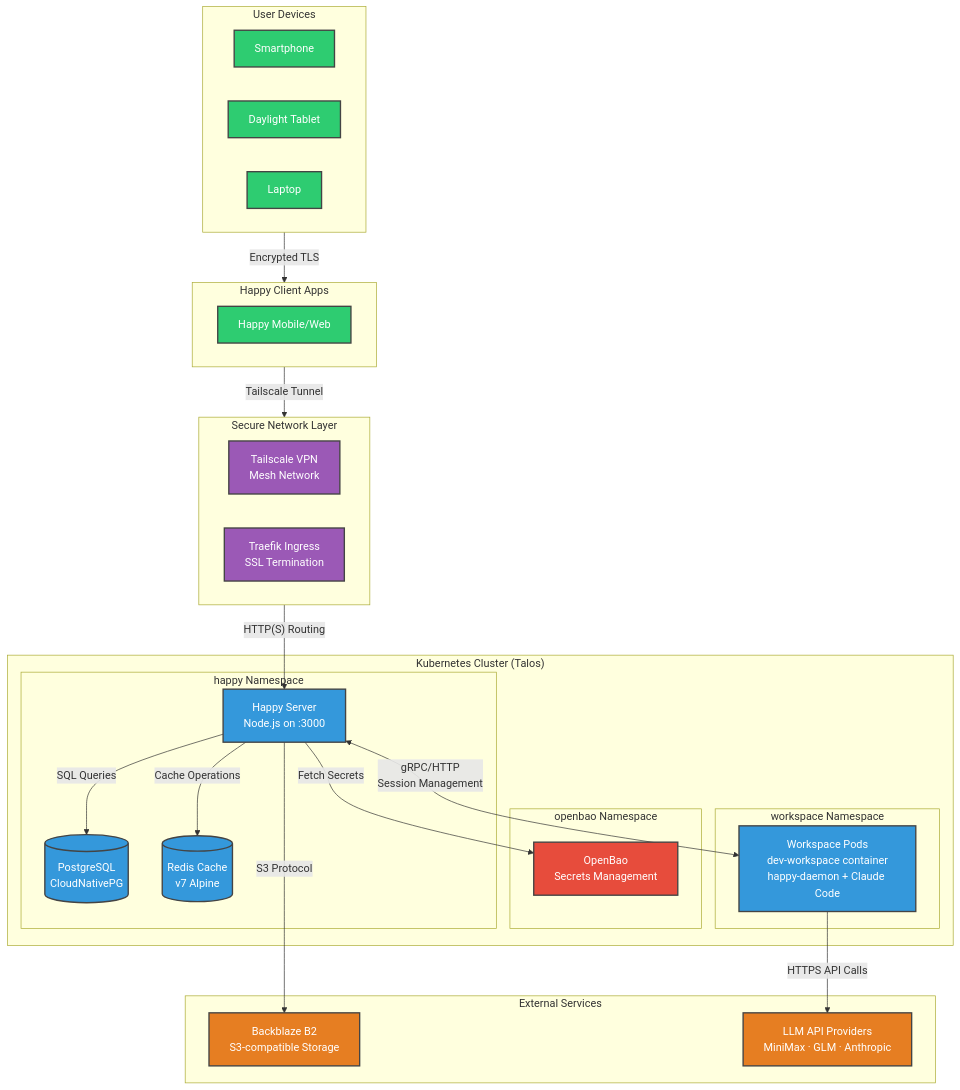
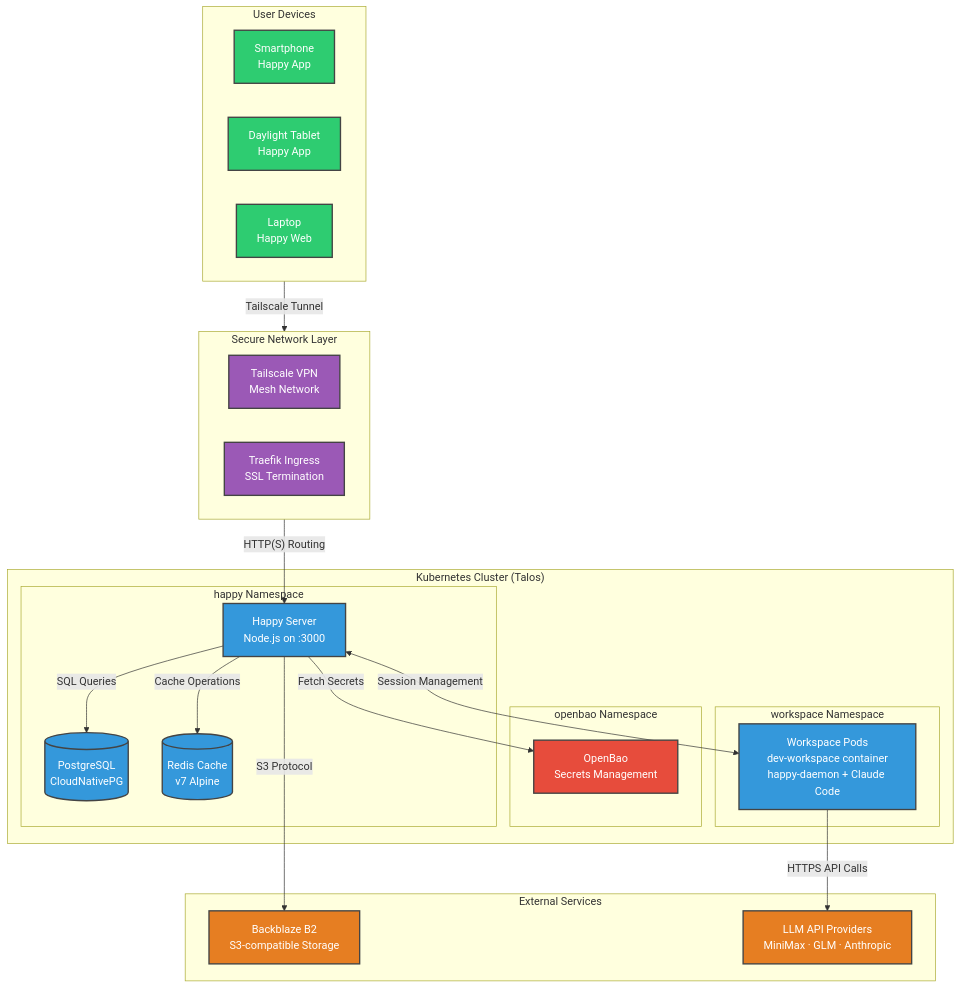
Before and after one commit to denysvitali/denvit-blog: the diagram in content/posts/im-happy-engineer-now.md, drawn with Mermaid. The commit also changed other lines of this file, not shown here.

First line of the commit message:
docs: improve Happy architecture diagram and session management description

````diff
--- a/content/posts/im-happy-engineer-now.md
+++ b/content/posts/im-happy-engineer-now.md
@@ -144,58 +144,53 @@
 ```mermaid
 graph TB
     subgraph Devices["User Devices"]
-        D1[Smartphone]
-        D2[Daylight Tablet]
-        D3[Laptop]
-    end
-
-    subgraph HappyClient["Happy Client Apps"]
-        HA[Happy Mobile/Web]
+        D1[Smartphone<br/>Happy App]
+        D2[Daylight Tablet<br/>Happy App]
+        D3[Laptop<br/>Happy Web]
     end
 
     subgraph Network["Secure Network Layer"]
         TS[Tailscale VPN<br/>Mesh Network]
         TR[Traefik Ingress<br/>SSL Termination]
     end
 
     subgraph K8s["Kubernetes Cluster (Talos)"]
         subgraph HappyNamespace["happy Namespace"]
             S[Happy Server<br/>Node.js on :3000]
             DB[(PostgreSQL<br/>CloudNativePG)]
             R[(Redis Cache<br/>v7 Alpine)]
         end
         subgraph SecurityNamespace["openbao Namespace"]
             OB[OpenBao<br/>Secrets Management]
         end
         subgraph WorkspaceNamespace["workspace Namespace"]
             W[Workspace Pods<br/>dev-workspace container<br/>happy-daemon + Claude Code]
         end
     end
 
     subgraph External["External Services"]
         B2[Backblaze B2<br/>S3-compatible Storage]
         LLM[LLM API Providers<br/>MiniMax · GLM · Anthropic]
     end
 
-    Devices -->|"Encrypted TLS"| HappyClient
-    HappyClient -->|"Tailscale Tunnel"| Network
+    Devices -->|"Tailscale Tunnel"| Network
     Network -->|"HTTP(S) Routing"| S
     S -->|"SQL Queries"| DB
     S -->|"Cache Operations"| R
     S -->|"S3 Protocol"| B2
-    S <-->|"gRPC/HTTP<br/>Session Management"| W
+    S <-->|"Session Management"| W
     W -->|"HTTPS API Calls"| LLM
     S -->|"Fetch Secrets"| OB
 
     classDef client fill:#2ecc71,stroke:#444,stroke-width:2px,color:#fff
     classDef network fill:#9b59b6,stroke:#444,stroke-width:2px,color:#fff
     classDef k8s fill:#3498db,stroke:#444,stroke-width:2px,color:#fff
     classDef k8sSecurity fill:#e74c3c,stroke:#444,stroke-width:2px,color:#fff
     classDef external fill:#e67e22,stroke:#444,stroke-width:2px,color:#fff
 
-    class D1,D2,D3,HA client
+    class D1,D2,D3 client
     class TS,TR network
     class S,DB,R,W k8s
     class OB k8sSecurity
     class B2,LLM external
 ```
````
